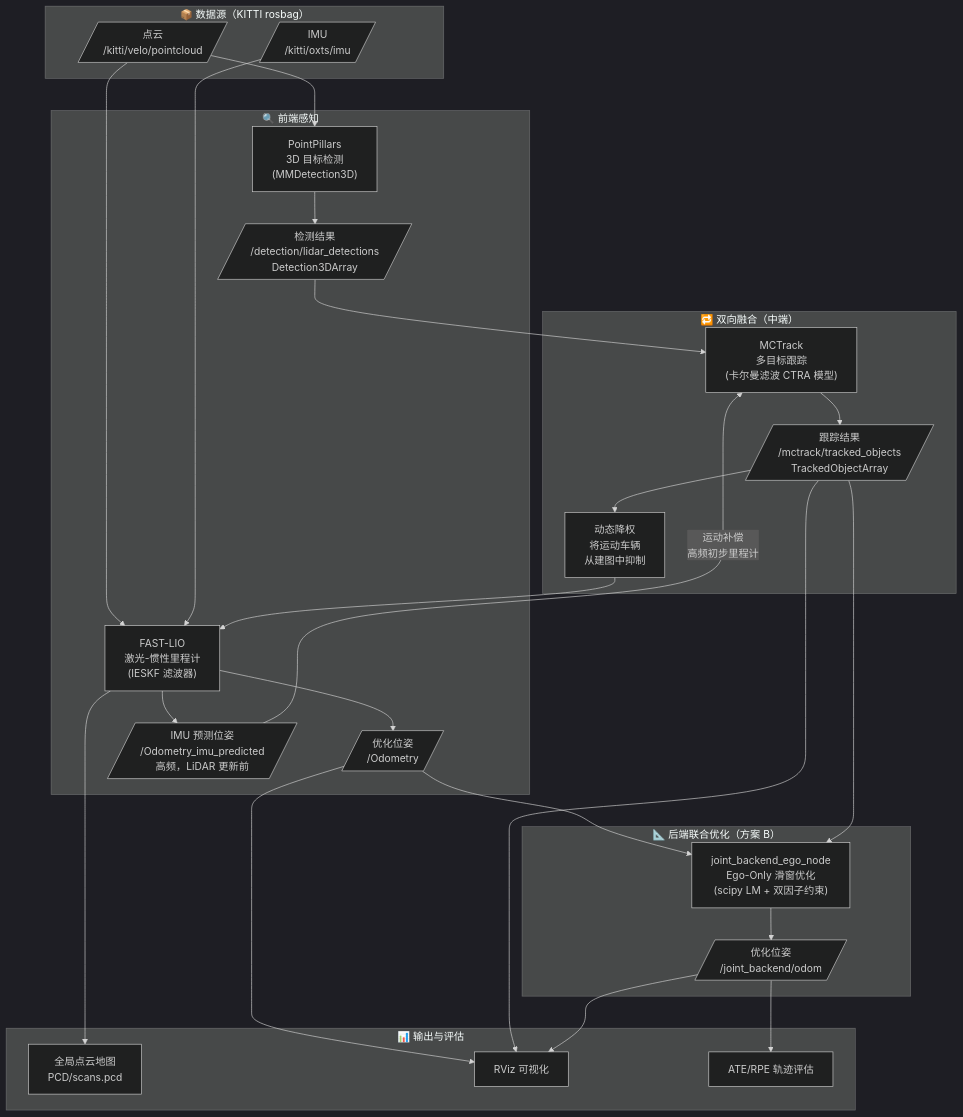
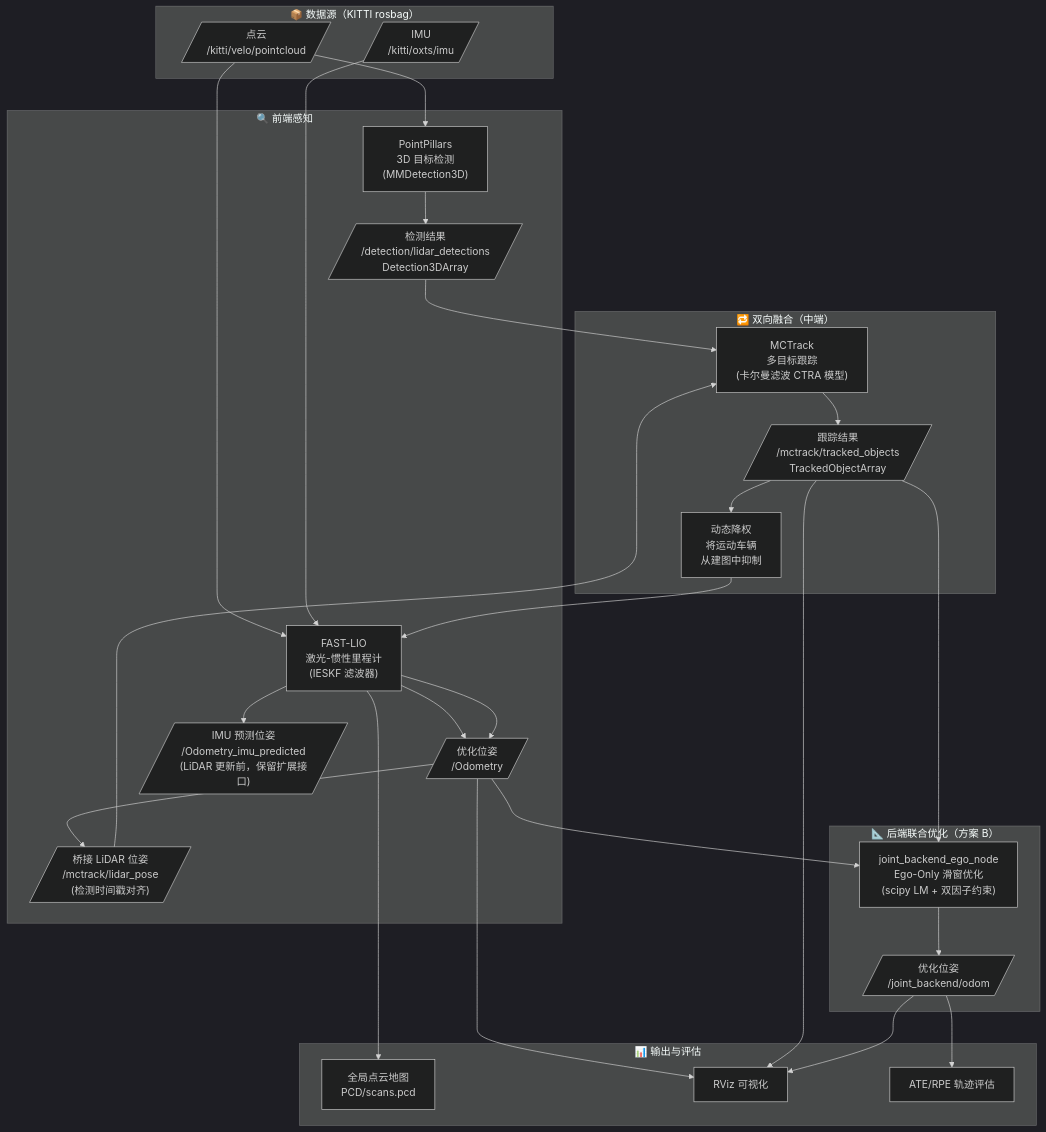
Before and after one commit to XC-CN/ME5400: the first of 5 diagrams in README.md, drawn with Mermaid. The commit also changed other lines of this file and 30 other files, not shown here.

````diff
--- a/README.md
+++ b/README.md
@@ -30,46 +30,48 @@
 ```mermaid
 %%{init: {'theme': 'dark'}}%%
 flowchart TD
     subgraph 数据源["📦 数据源（KITTI rosbag）"]
         PC[/"点云\n/kitti/velo/pointcloud"/]
         IMU[/"IMU\n/kitti/oxts/imu"/]
     end
 
     subgraph 前端感知["🔍 前端感知"]
         PP["PointPillars\n3D 目标检测\n(MMDetection3D)"]
         FL["FAST-LIO\n激光-惯性里程计\n(IESKF 滤波器)"]
         ODOM[/"优化位姿\n/Odometry"/]
-        ODOM_IMU[/"IMU 预测位姿\n/Odometry_imu_predicted\n高频，LiDAR 更新前"/]
+        LPOSE[/"桥接 LiDAR 位姿\n/mctrack/lidar_pose\n(检测时间戳对齐)"/]
+        ODOM_IMU[/"IMU 预测位姿\n/Odometry_imu_predicted\n(LiDAR 更新前，保留扩展接口)"/]
         DET[/"检测结果\n/detection/lidar_detections\nDetection3DArray"/]
     end
 
     subgraph 双向融合["🔁 双向融合（中端）"]
         MCT["MCTrack\n多目标跟踪\n(卡尔曼滤波 CTRA 模型)"]
         TRACK[/"跟踪结果\n/mctrack/tracked_objects\nTrackedObjectArray"/]
         DW["动态降权\n将运动车辆\n从建图中抑制"]
     end
 
     subgraph 后端优化["📐 后端联合优化（方案 B）"]
         JB["joint_backend_ego_node\nEgo-Only 滑窗优化\n(scipy LM + 双因子约束)"]
         OUT[/"优化位姿\n/joint_backend/odom"/]
     end
 
     subgraph 输出["📊 输出与评估"]
         MAP["全局点云地图\nPCD/scans.pcd"]
         RVIZ["RViz 可视化"]
         EVAL["ATE/RPE 轨迹评估"]
     end
 
     PC --> PP --> DET --> MCT
     PC --> FL
     IMU --> FL
+    FL --> ODOM --> LPOSE --> MCT
     FL --> ODOM --> JB
-    FL --> ODOM_IMU --"运动补偿\n高频初步里程计"--> MCT
+    FL --> ODOM_IMU
     MCT --> TRACK --> DW --> FL
     TRACK --> JB
     JB --> OUT --> EVAL
     FL --> MAP
     ODOM --> RVIZ
     TRACK --> RVIZ
     OUT --> RVIZ
 ```
````
